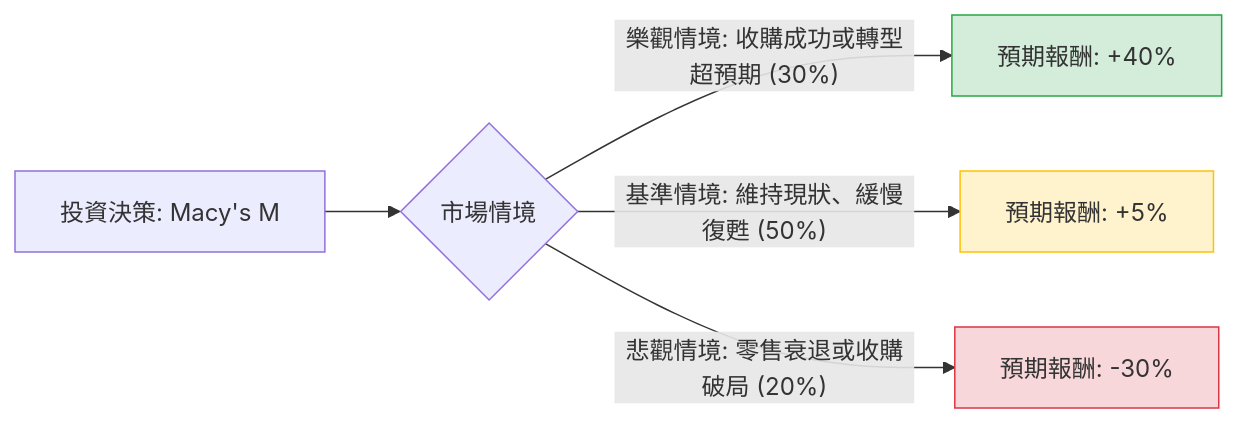
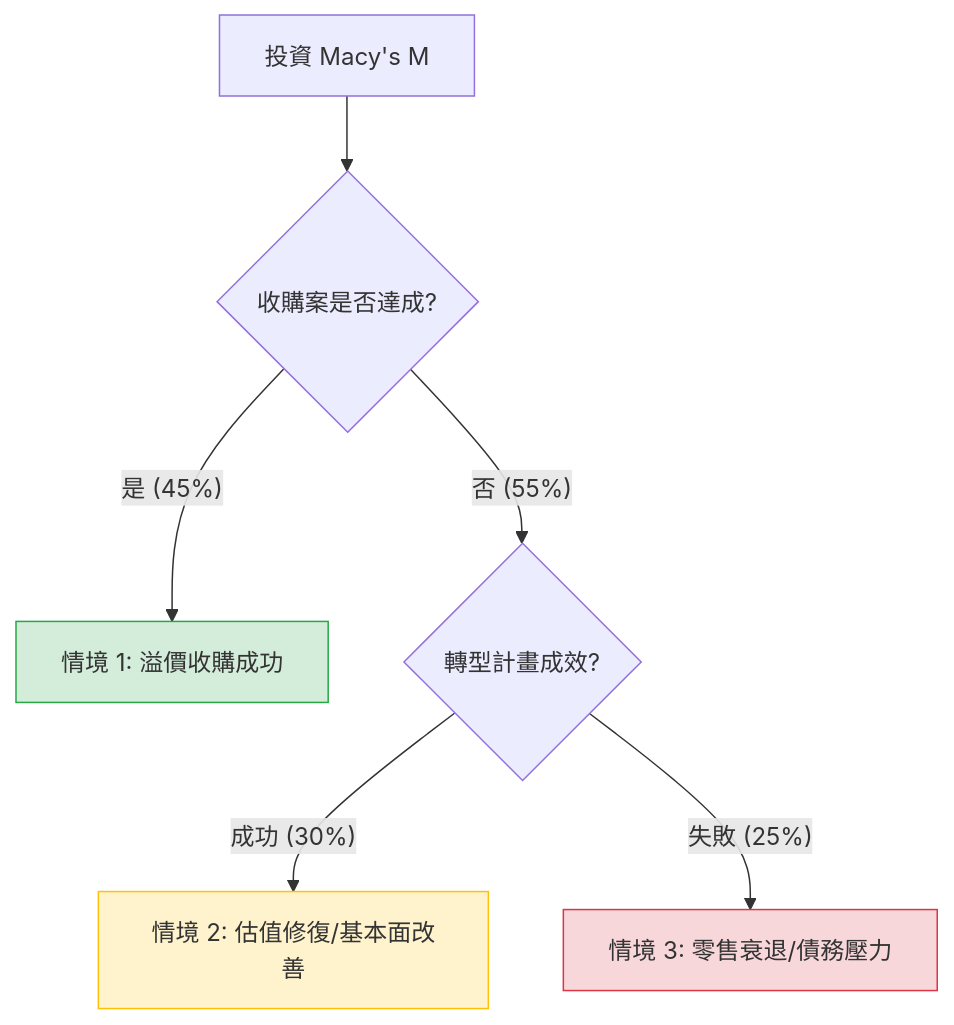
Before and after one commit to zmcx16/zmcx16.github.io: the diagram in plugin-react/ai-analysis/ev-analysis/M.md, drawn with Mermaid. The commit also changed other lines of this file and 77 other files, not shown here.

````diff
--- a/plugin-react/ai-analysis/ev-analysis/M.md
+++ b/plugin-react/ai-analysis/ev-analysis/M.md
@@ -24,12 +24,14 @@
 ```mermaid
-graph LR
-    A[投資決策: Macy's M] --> B{市場情境}
+graph TD
+    A[投資 Macy's M] --> B{收購案是否達成?}
     
-    B -- 樂觀情境: 收購成功或轉型超預期 (30%) --> C[預期報酬: +40%]
-    B -- 基準情境: 維持現狀、緩慢復甦 (50%) --> D[預期報酬: +5%]
-    B -- 悲觀情境: 零售衰退或收購破局 (20%) --> E[預期報酬: -30%]
+    B -- 是 (45%) --> C[情境 1: 溢價收購成功]
+    B -- 否 (55%) --> D{轉型計畫成效?}
+    
+    D -- 成功 (30%) --> E[情境 2: 估值修復/基本面改善]
+    D -- 失敗 (25%) --> F[情境 3: 零售衰退/債務壓力]
 
     style C fill:#d4edda,stroke:#28a745
-    style D fill:#fff3cd,stroke:#ffc107
-    style E fill:#f8d7da,stroke:#dc3545
+    style E fill:#fff3cd,stroke:#ffc107
+    style F fill:#f8d7da,stroke:#dc3545
 ```
````
